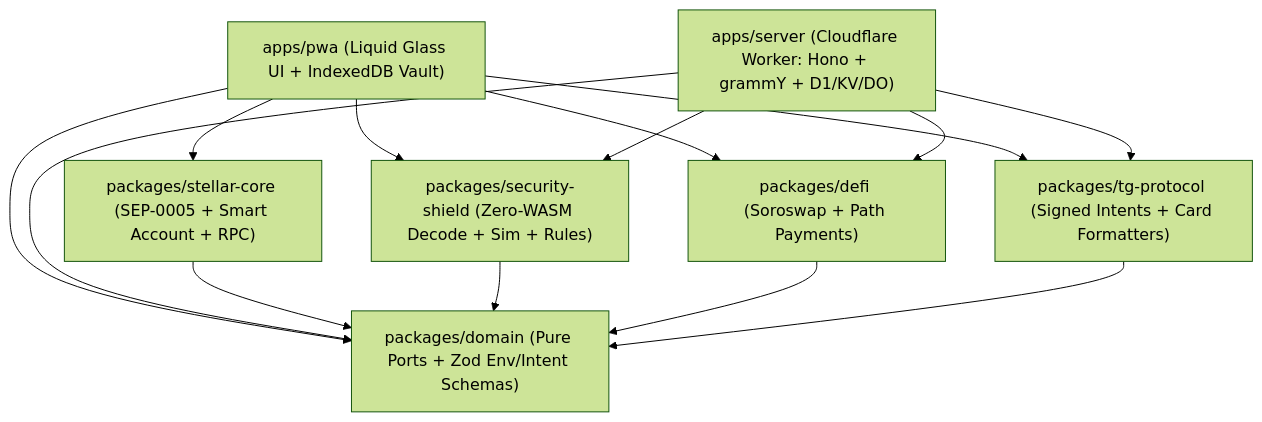
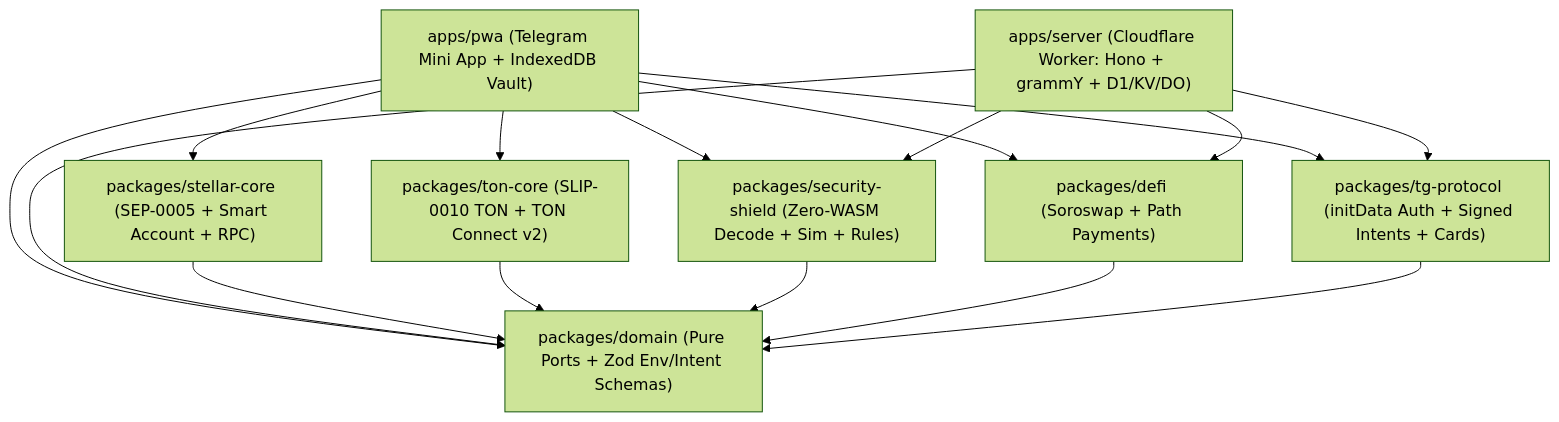
The first of 2 diagrams in ARCHITECTURE.md (NunaLabsDev/astrowallet), drawn with Mermaid (forest theme) before and after one commit. The commit also changed other lines of this file and 15 other files, not shown here.

Commit message:
feat(mini-app): complete Telegram-exclusive Stellar+TON migration, live rollout & CI fix

````diff
--- a/ARCHITECTURE.md
+++ b/ARCHITECTURE.md
@@ -54,26 +59,29 @@
 ```mermaid
 flowchart TD
-    PWA["apps/pwa (Liquid Glass UI + IndexedDB Vault)"]
+    PWA["apps/pwa (Telegram Mini App + IndexedDB Vault)"]
     SRV["apps/server (Cloudflare Worker: Hono + grammY + D1/KV/DO)"]
-    TG["packages/tg-protocol (Signed Intents + Card Formatters)"]
+    TG["packages/tg-protocol (initData Auth + Signed Intents + Cards)"]
     SEC["packages/security-shield (Zero-WASM Decode + Sim + Rules)"]
     DEFI["packages/defi (Soroswap + Path Payments)"]
     CORE["packages/stellar-core (SEP-0005 + Smart Account + RPC)"]
+    TON["packages/ton-core (SLIP-0010 TON + TON Connect v2)"]
     DOM["packages/domain (Pure Ports + Zod Env/Intent Schemas)"]
 
     PWA --> CORE
+    PWA --> TON
     PWA --> SEC
     PWA --> DEFI
     PWA --> TG
     PWA --> DOM
 
     SRV --> TG
     SRV --> SEC
     SRV --> DEFI
     SRV --> DOM
 
     CORE --> DOM
+    TON --> DOM
     SEC --> DOM
     DEFI --> DOM
     TG --> DOM
 ```
````
